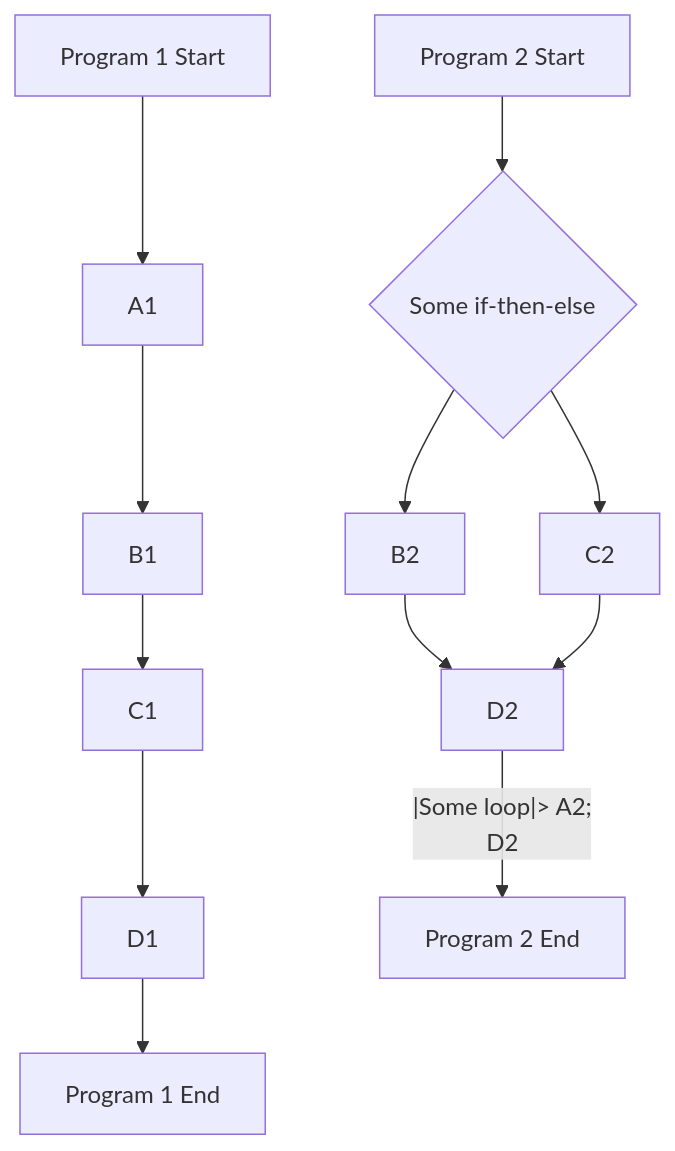
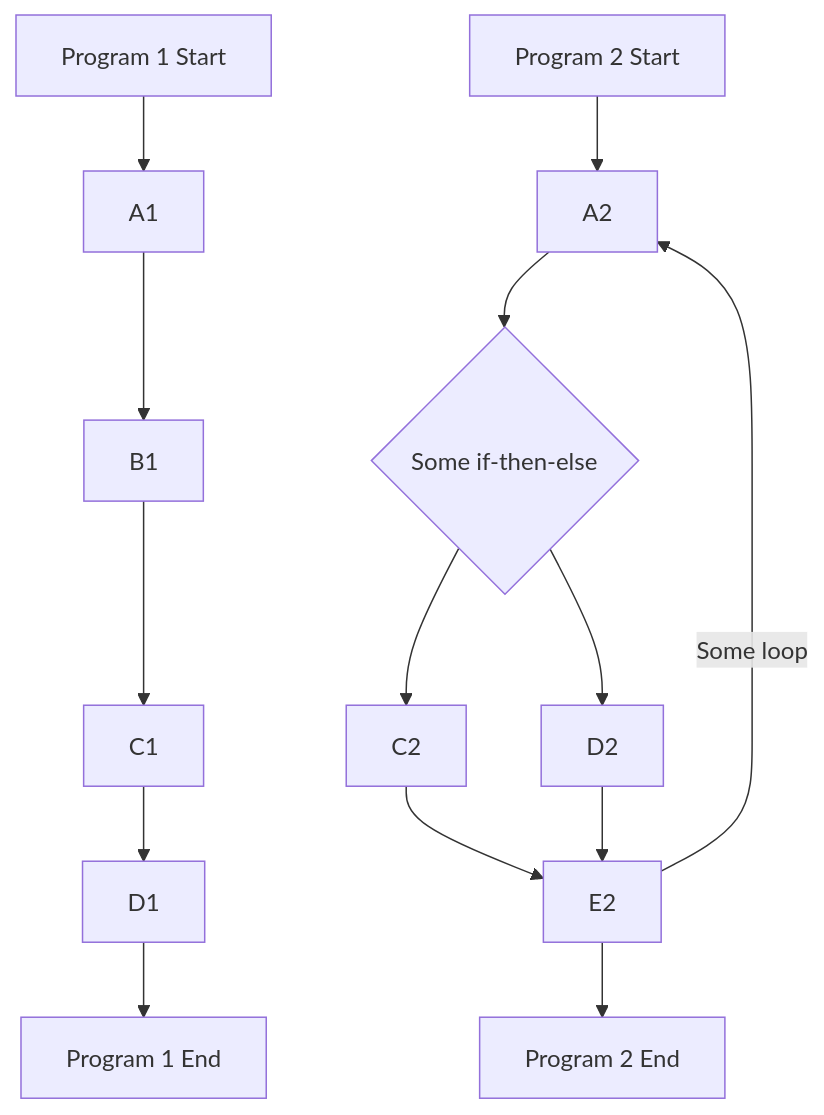
Before and after one commit to leonmartin/c-sharp-course: the diagram in Milestone01/instructions.md, drawn with Mermaid.

Commit message:
quicksave

````diff
--- a/Milestone01/instructions.md
+++ b/Milestone01/instructions.md
@@ -41,16 +41,17 @@
 ```mermaid
     flowchart TD;
         X1[Program 1 Start] --> A1;
         A1 --> B1;
         B1 --> C1;
         C1 --> D1;
         D1 --> Y1[Program 1 End];
 
         X2[Program 2 Start] --> A2;
-        A2{Some if-then-else} --> B2;
-        A2{Some if-then-else} --> C2;
-        B2 --> D2;
-        C2 --> D2;
-        D2 --|Some loop|> A2;
-        D2 --> Y2[Program 2 End];
+        A2 --> B2;
+        B2{Some if-then-else} --> C2;
+        B2{Some if-then-else} --> D2;
+        C2 --> E2;
+        D2 --> E2;
+        E2 -->|Some loop| A2;
+        E2 --> Y2[Program 2 End];
 ```
````
